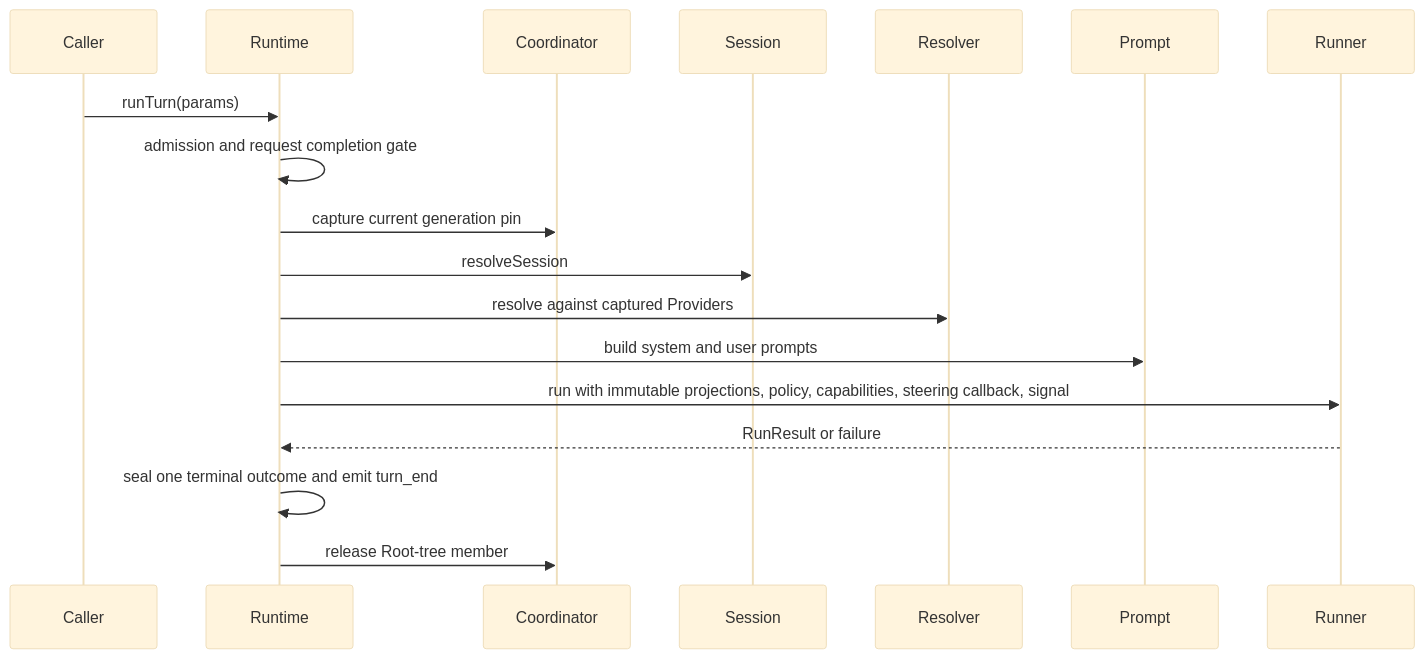
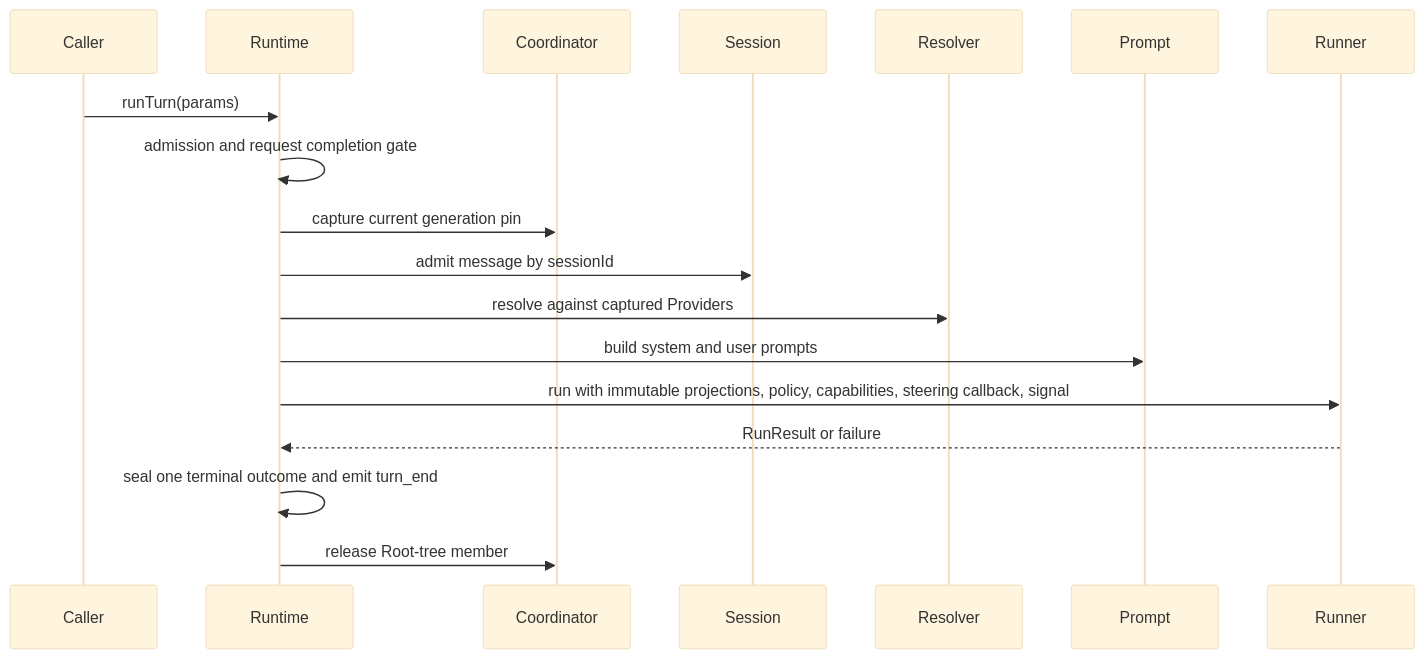
One commit to luciferwww/my-agent changed the second of 2 diagrams in docs/architecture/runtime.md. Above: the diagram before and after it, drawn with Mermaid (base theme). The commit also changed other lines of this file and 101 other files, not shown here.

````diff
--- a/docs/architecture/runtime.md
+++ b/docs/architecture/runtime.md
@@ -198,21 +198,21 @@
 ```mermaid
 sequenceDiagram
   participant Caller
   participant Runtime
   participant Coordinator
   participant Session
   participant Resolver
   participant Prompt
   participant Runner
 
   Caller->>Runtime: runTurn(params)
   Runtime->>Runtime: admission and request completion gate
   Runtime->>Coordinator: capture current generation pin
-  Runtime->>Session: resolveSession
+  Runtime->>Session: admit message by sessionId
   Runtime->>Resolver: resolve against captured Providers
   Runtime->>Prompt: build system and user prompts
   Runtime->>Runner: run with immutable projections, policy, capabilities, steering callback, signal
   Runner-->>Runtime: RunResult or failure
   Runtime->>Runtime: seal one terminal outcome and emit turn_end
   Runtime->>Coordinator: release Root-tree member
 ```
````
